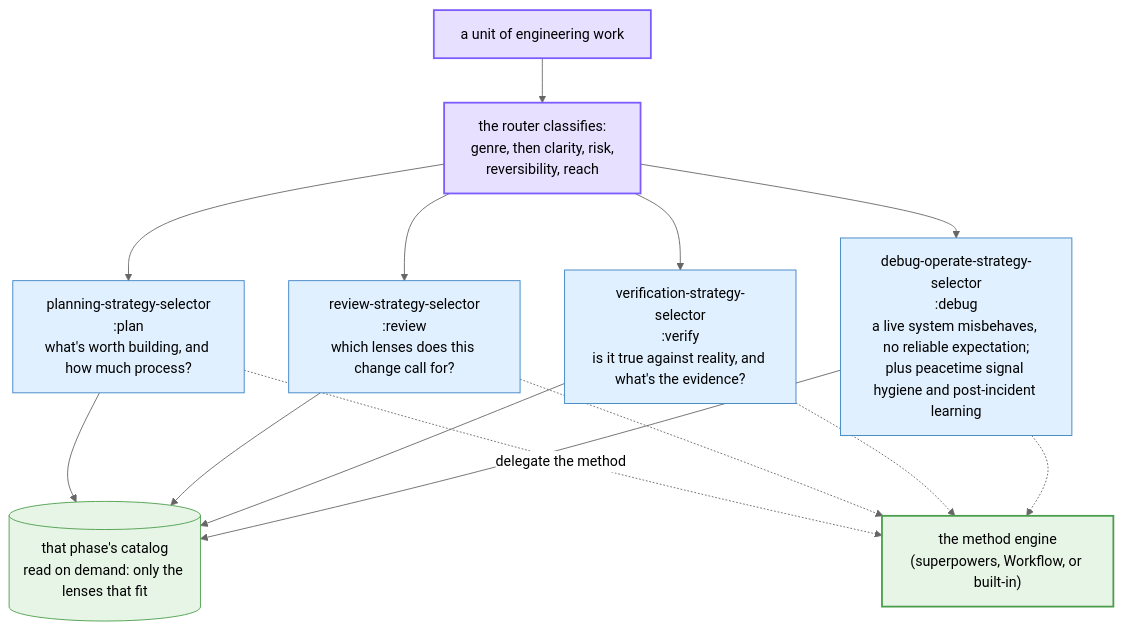
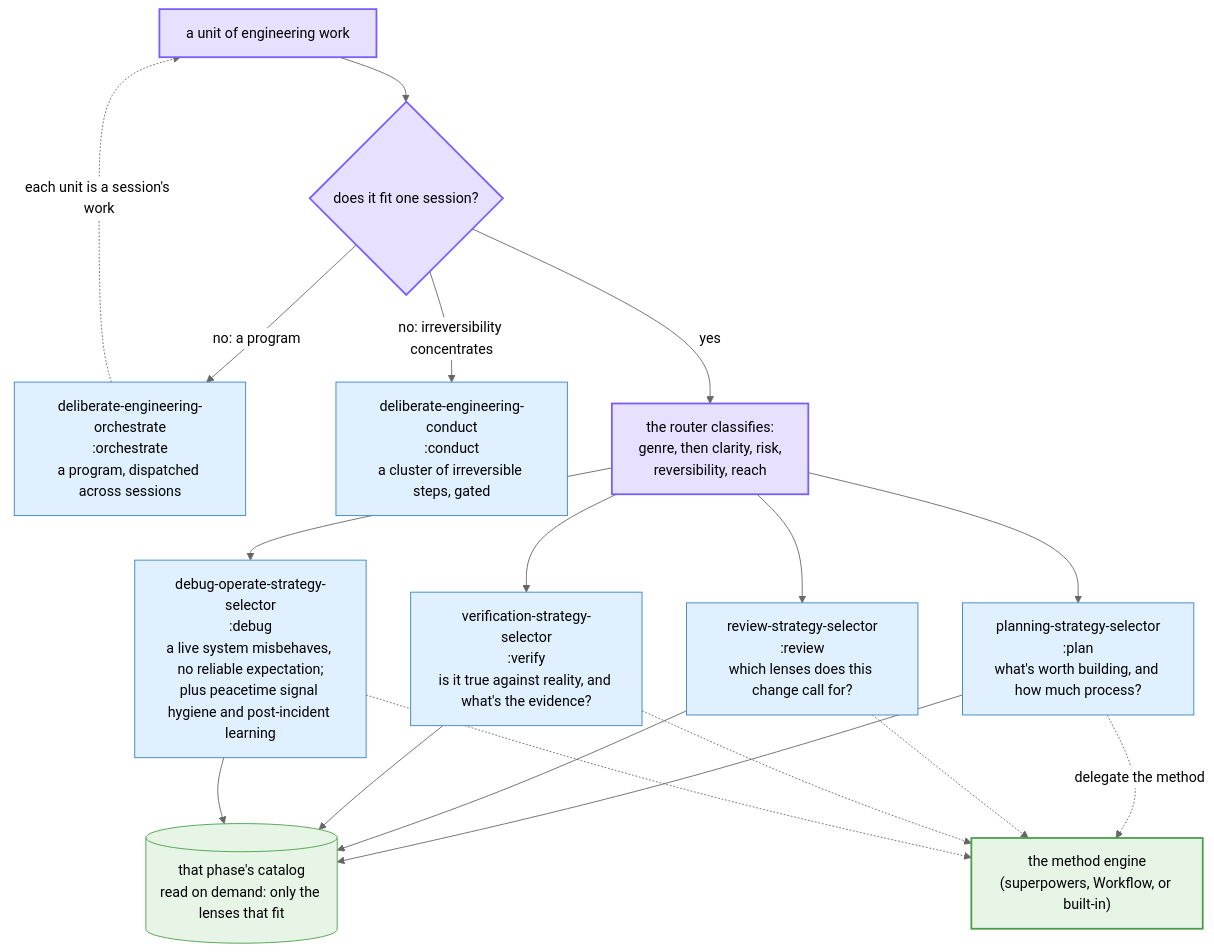
Before and after one commit to lucasfugisawa/deliberate-engineering: the first of 3 diagrams in docs/architecture-and-usage.md, drawn with Mermaid (neutral theme). The commit also changed other lines of this file and 34 other files, not shown here.

````diff
--- a/docs/architecture-and-usage.md
+++ b/docs/architecture-and-usage.md
@@ -20,34 +21,41 @@
 ```mermaid
 flowchart TD
     work["a unit of engineering work"]
+    altitude{"does it fit one session?"}
+    orch["deliberate-engineering-orchestrate<br/>:orchestrate<br/>a program, dispatched across sessions"]
+    cond["deliberate-engineering-conduct<br/>:conduct<br/>a cluster of irreversible steps, gated"]
     axes["the router classifies:<br/>genre, then clarity, risk,<br/>reversibility, reach"]
     plan["planning-strategy-selector<br/>:plan<br/>what's worth building, and how much process?"]
     review["review-strategy-selector<br/>:review<br/>which lenses does this change call for?"]
     verify["verification-strategy-selector<br/>:verify<br/>is it true against reality, and what's the evidence?"]
     debug["debug-operate-strategy-selector<br/>:debug<br/>a live system misbehaves, no reliable expectation;<br/>plus peacetime signal hygiene and post-incident learning"]
     catalog[("that phase's catalog<br/>read on demand: only the lenses that fit")]
     engine["the method engine<br/>(superpowers, Workflow, or built-in)"]
 
-    work --> axes
+    work --> altitude
+    altitude -->|"no: a program"| orch
+    altitude -->|"no: irreversibility concentrates"| cond
+    altitude -->|yes| axes
+    orch -.->|each unit is a session's work| work
     axes --> plan
     axes --> review
     axes --> verify
     axes --> debug
     plan --> catalog
     review --> catalog
     verify --> catalog
     debug --> catalog
     plan -.->|delegate the method| engine
     review -.-> engine
     verify -.-> engine
     debug -.-> engine
 
     classDef entry fill:#e8e0ff,stroke:#7c5cff,stroke-width:2px;
     classDef phase fill:#e0f0ff,stroke:#3b82c4,stroke-width:1px;
     classDef store fill:#e6f5e6,stroke:#4a9d4a,stroke-width:1px;
     classDef engine fill:#e6f5e6,stroke:#4a9d4a,stroke-width:2px;
-    class work,axes entry
-    class plan,review,verify,debug phase
+    class work,altitude,axes entry
+    class plan,review,verify,debug,orch,cond phase
     class catalog store
     class engine engine
 ```
````
